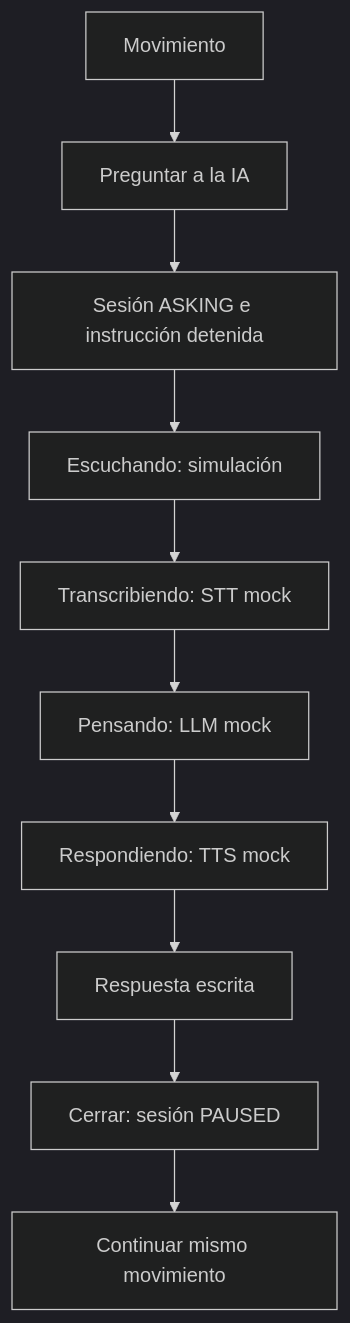
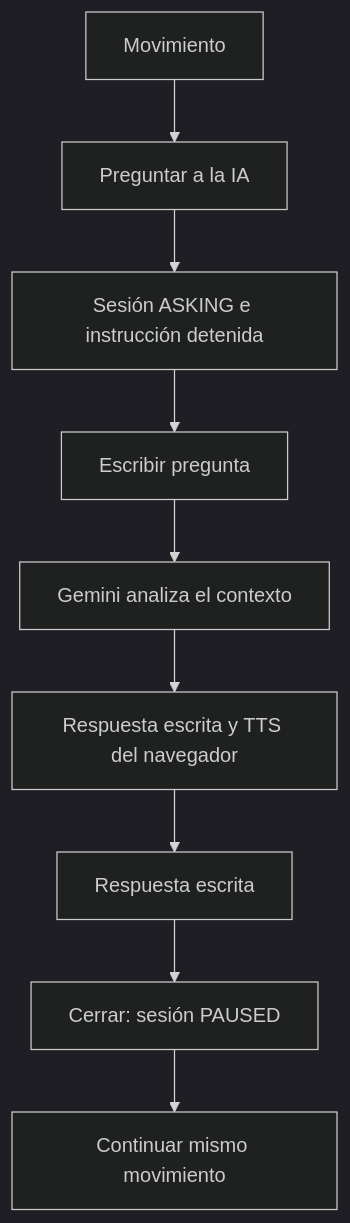
One commit to marianafloreslopez99/Taichi changed the second of 2 diagrams in docs/USER_FLOWS.md. Above: the diagram before and after it, drawn with Mermaid (dark theme). The commit also changed other lines of this file and 24 other files, not shown here.

````diff
--- a/docs/USER_FLOWS.md
+++ b/docs/USER_FLOWS.md
@@ -16,12 +16,11 @@
 ```mermaid
 flowchart TD
   M[Movimiento] --> Q[Preguntar a la IA]
   Q --> P[Sesión ASKING e instrucción detenida]
-  P --> L[Escuchando: simulación]
-  L --> T[Transcribiendo: STT mock]
-  T --> H[Pensando: LLM mock]
-  H --> S[Respondiendo: TTS mock]
+  P --> E[Escribir pregunta]
+  E --> H[Gemini analiza el contexto]
+  H --> S[Respuesta escrita y TTS del navegador]
   S --> R[Respuesta escrita]
   R --> C[Cerrar: sesión PAUSED]
   C --> K[Continuar mismo movimiento]
 ```
````
